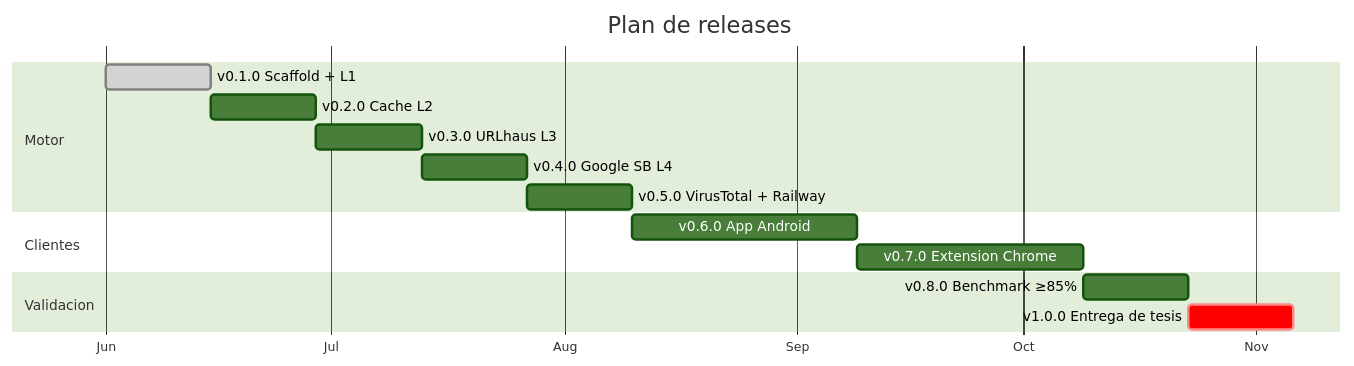
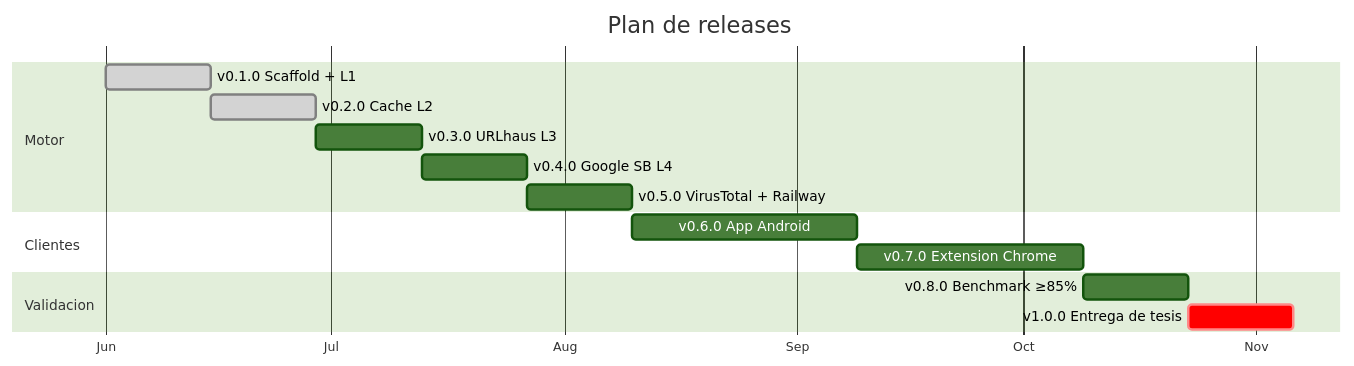
The second of 2 diagrams in README.md (Mickaell22/qr-shield), drawn with Mermaid (forest theme) before and after one commit. The commit also changed other lines of this file and 3 other files, not shown here.

````diff
--- a/README.md
+++ b/README.md
@@ -270,18 +270,18 @@
 ```mermaid
 gantt
     title Plan de releases
     dateFormat YYYY-MM-DD
     axisFormat %b
     section Motor
     v0.1.0 Scaffold + L1     :done,    v01, 2026-06-01, 14d
-    v0.2.0 Cache L2          :         v02, after v01, 14d
+    v0.2.0 Cache L2          :done,    v02, after v01, 14d
     v0.3.0 URLhaus L3        :         v03, after v02, 14d
     v0.4.0 Google SB L4      :         v04, after v03, 14d
     v0.5.0 VirusTotal + Railway :     v05, after v04, 14d
     section Clientes
     v0.6.0 App Android       :         v06, after v05, 30d
     v0.7.0 Extension Chrome  :         v07, after v06, 30d
     section Validacion
     v0.8.0 Benchmark ≥85%    :         v08, after v07, 14d
     v1.0.0 Entrega de tesis  :crit,    v10, after v08, 14d
 ```
````
